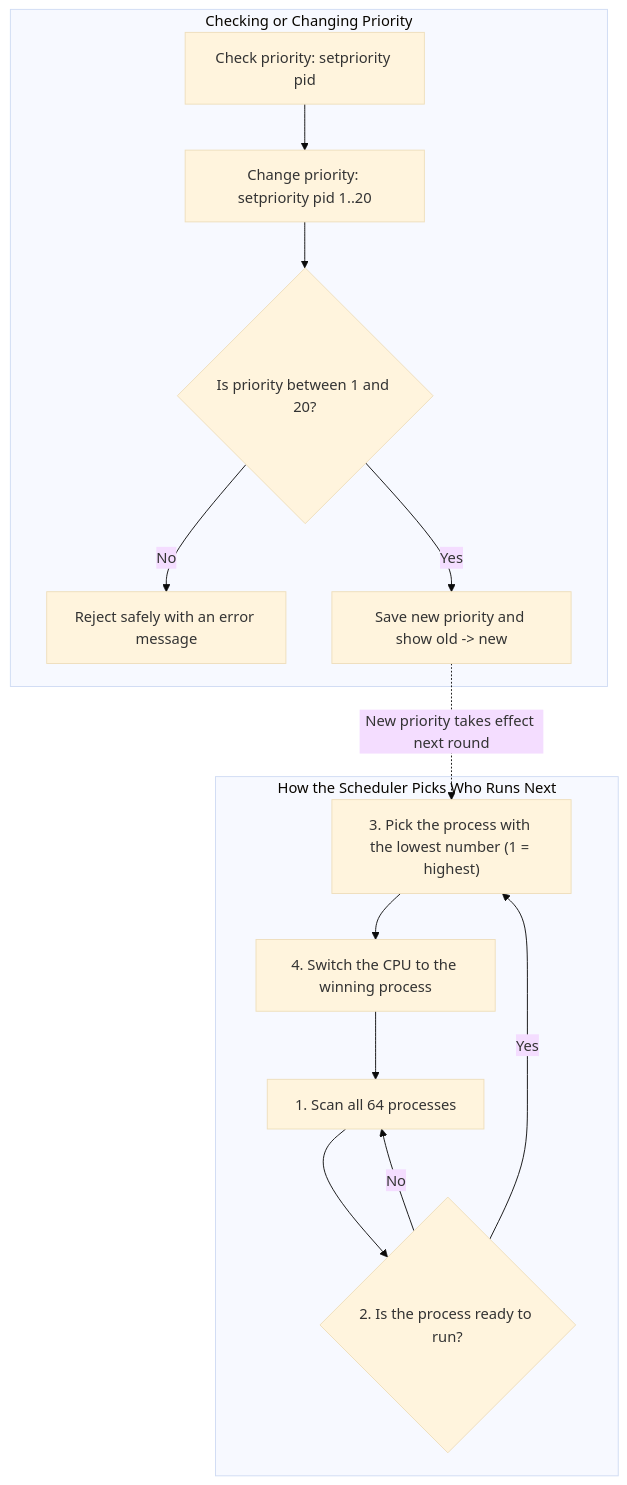
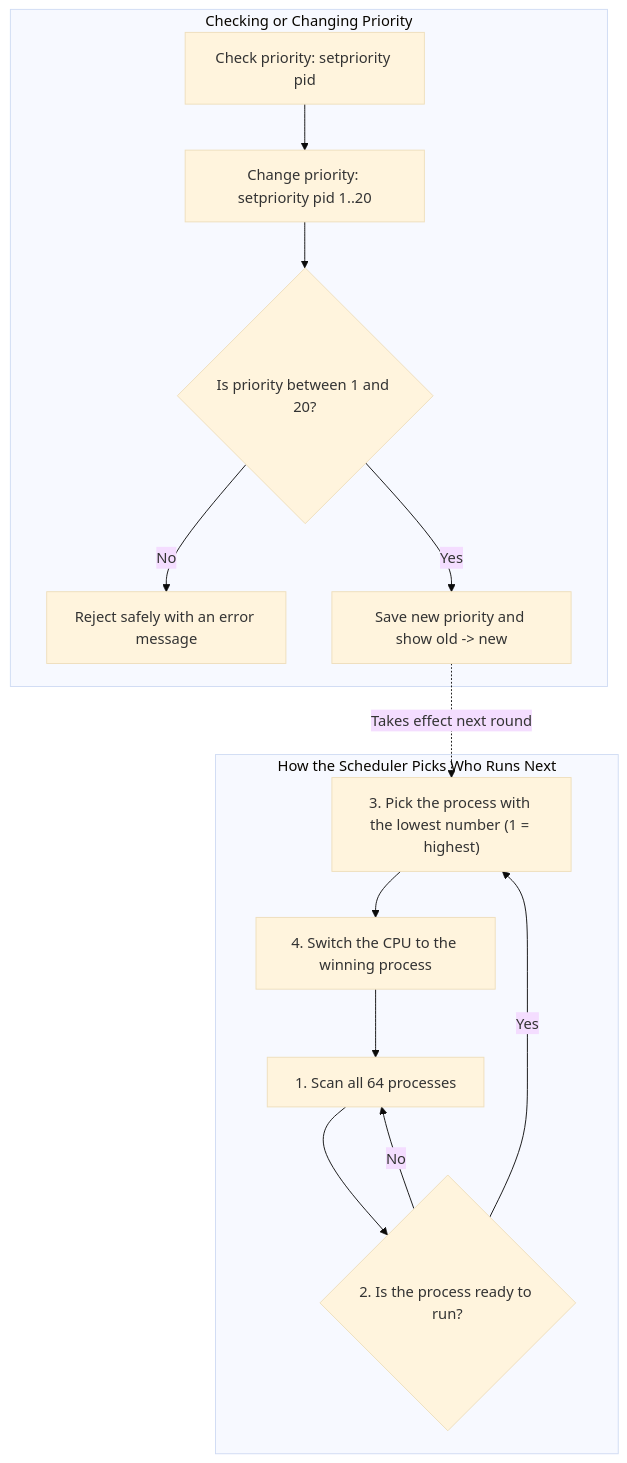
One commit to asbahkhan67-ctrl/xv6-riscv changed the third of 21 diagrams in README.md. Above: the diagram before and after it, drawn with Mermaid (base theme). The commit also changed other lines of this file and 167 other files, not shown here.

````diff
--- a/README.md
+++ b/README.md
@@ -293,19 +222,19 @@
 ```mermaid
 flowchart TD
     subgraph UserControl["Checking or Changing Priority"]
         U1["Check priority: setpriority pid"] --> U2["Change priority: setpriority pid 1..20"]
         U2 --> U3{"Is priority between 1 and 20?"}
-        U3 -- "No" --> U4["Reject safely with an error message"]
-        U3 -- "Yes" --> U5["Save new priority and show old -> new"]
+        U3 -->|No| U4["Reject safely with an error message"]
+        U3 -->|Yes| U5["Save new priority and show old -> new"]
     end
 
     subgraph Scheduler["How the Scheduler Picks Who Runs Next"]
         S1["1. Scan all 64 processes"] --> S2{"2. Is the process ready to run?"}
-        S2 -- "No" --> S1
-        S2 -- "Yes" --> S3["3. Pick the process with the lowest number (1 = highest)"]
+        S2 -->|No| S1
+        S2 -->|Yes| S3["3. Pick the process with the lowest number (1 = highest)"]
         S3 --> S4["4. Switch the CPU to the winning process"]
         S4 --> S1
     end
 
-    U5 -. "New priority takes effect next round" .-> S3
+    U5 -.->|Takes effect next round| S3
 ```
````
